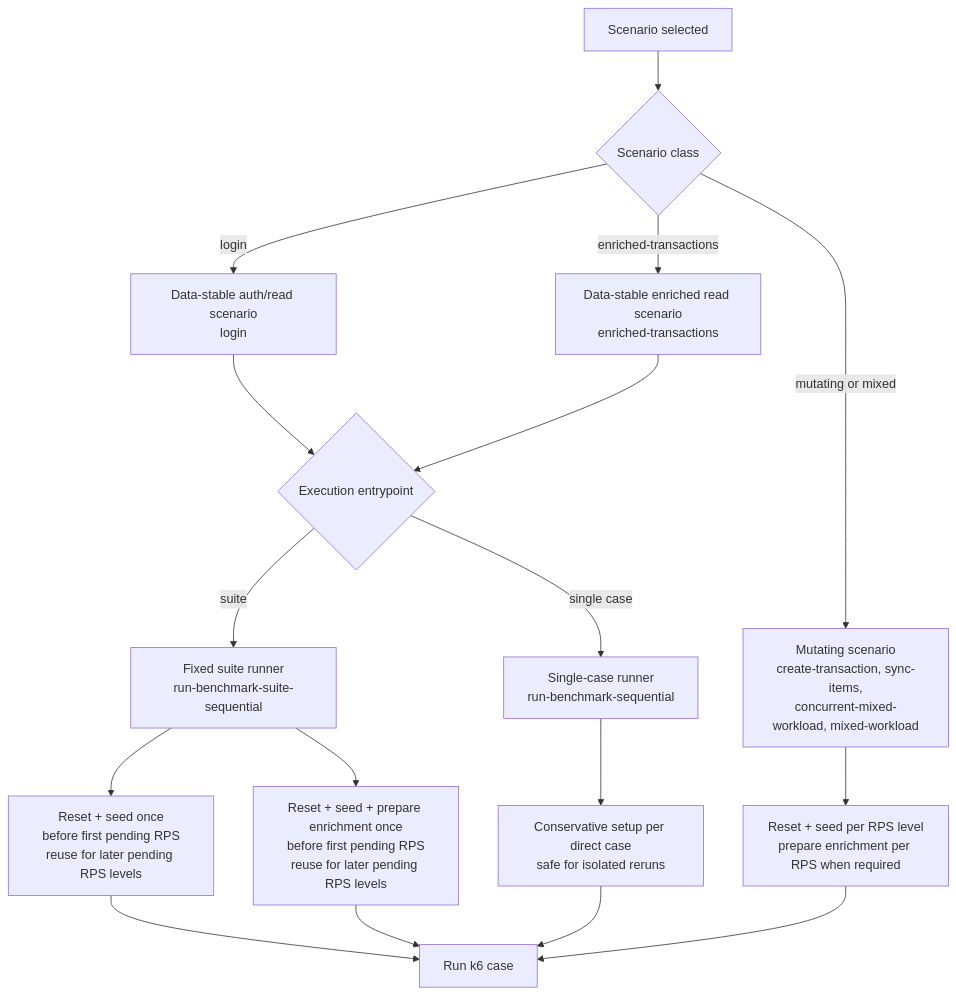
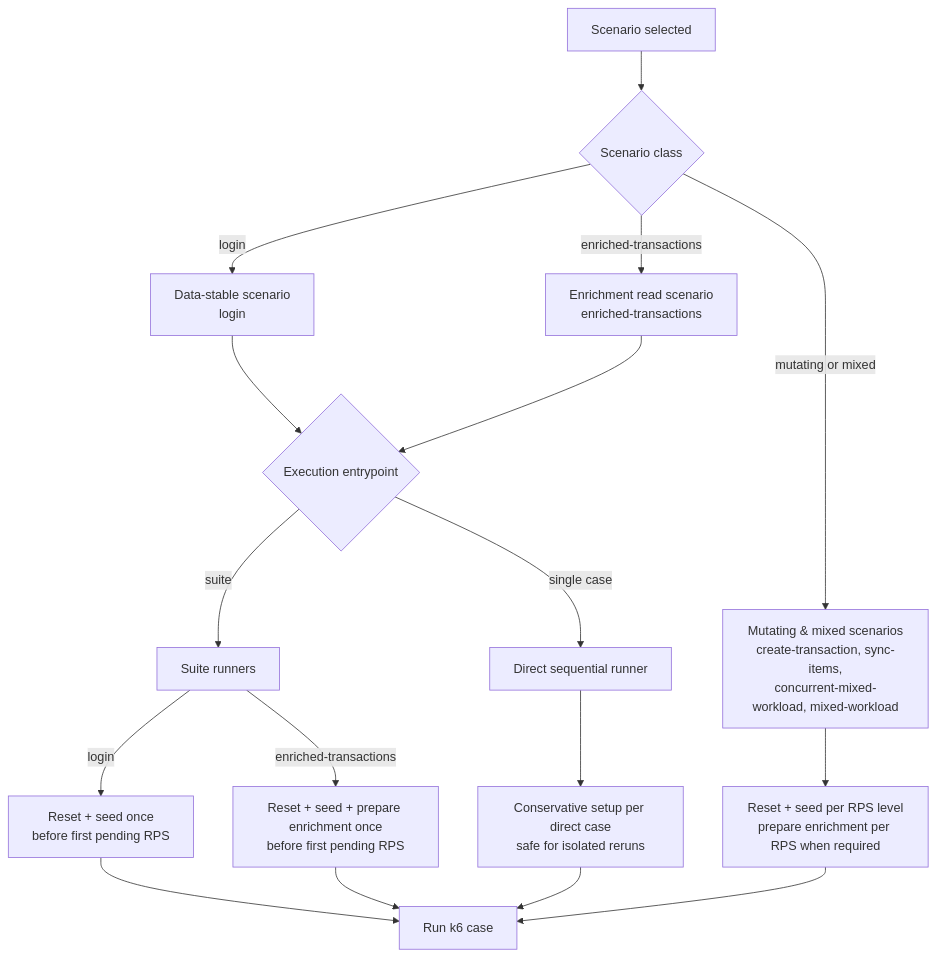
One commit to Ahmad-mufied/monolith-vs-microservice-thesis changed the third of 3 diagrams in docs/diagrams/vultr-sequential-suite-lifecycle.md. Above: the diagram before and after it, drawn with Mermaid. The commit also changed other lines of this file, not shown here.

Commit message:
docs(diagrams): expand Vultr lifecycle documentation with detailed flowcharts and setup scenarios

````diff
--- a/docs/diagrams/vultr-sequential-suite-lifecycle.md
+++ b/docs/diagrams/vultr-sequential-suite-lifecycle.md
@@ -79,30 +234,30 @@
 ```mermaid
 flowchart TB
   scenario["Scenario selected"]
   classify{"Scenario class"}
-  readonly["Data-stable auth/read scenario<br/>login"]
-  enrichmentRead["Data-stable enriched read scenario<br/>enriched-transactions"]
-  mutating["Mutating scenario<br/>create-transaction, sync-items,<br/>concurrent-mixed-workload, mixed-workload"]
+  readonly["Data-stable scenario<br/>login"]
+  enrichmentRead["Enrichment read scenario<br/>enriched-transactions"]
+  mutating["Mutating & mixed scenarios<br/>create-transaction, sync-items,<br/>concurrent-mixed-workload, mixed-workload"]
   entrypoint{"Execution entrypoint"}
-  suiteRunner["Fixed suite runner<br/>run-benchmark-suite-sequential"]
-  singleRunner["Single-case runner<br/>run-benchmark-sequential"]
-  once["Reset + seed once<br/>before first pending RPS<br/>reuse for later pending RPS levels"]
-  onceEnrich["Reset + seed + prepare enrichment once<br/>before first pending RPS<br/>reuse for later pending RPS levels"]
+  suiteRunner["Suite runners"]
+  singleRunner["Direct sequential runner"]
+  once["Reset + seed once<br/>before first pending RPS"]
+  onceEnrich["Reset + seed + prepare enrichment once<br/>before first pending RPS"]
   everyCase["Reset + seed per RPS level<br/>prepare enrichment per RPS when required"]
   conservative["Conservative setup per direct case<br/>safe for isolated reruns"]
   k6Case["Run k6 case"]
 
   scenario --> classify
   classify -- "login" --> readonly --> entrypoint
   classify -- "enriched-transactions" --> enrichmentRead --> entrypoint
   classify -- "mutating or mixed" --> mutating --> everyCase
   entrypoint -- "suite" --> suiteRunner
   entrypoint -- "single case" --> singleRunner
-  suiteRunner --> once
-  suiteRunner --> onceEnrich
+  suiteRunner -- "login" --> once
+  suiteRunner -- "enriched-transactions" --> onceEnrich
   singleRunner --> conservative
   once --> k6Case
   onceEnrich --> k6Case
   everyCase --> k6Case
   conservative --> k6Case
 ```
````
